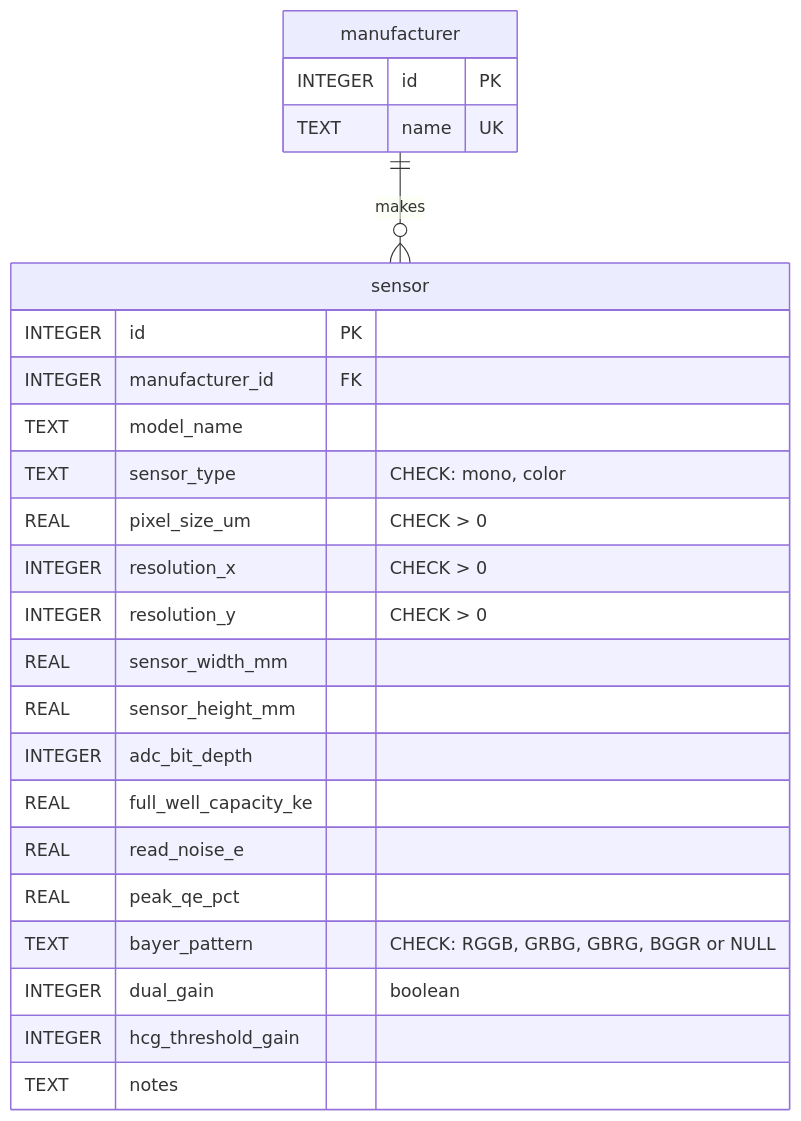
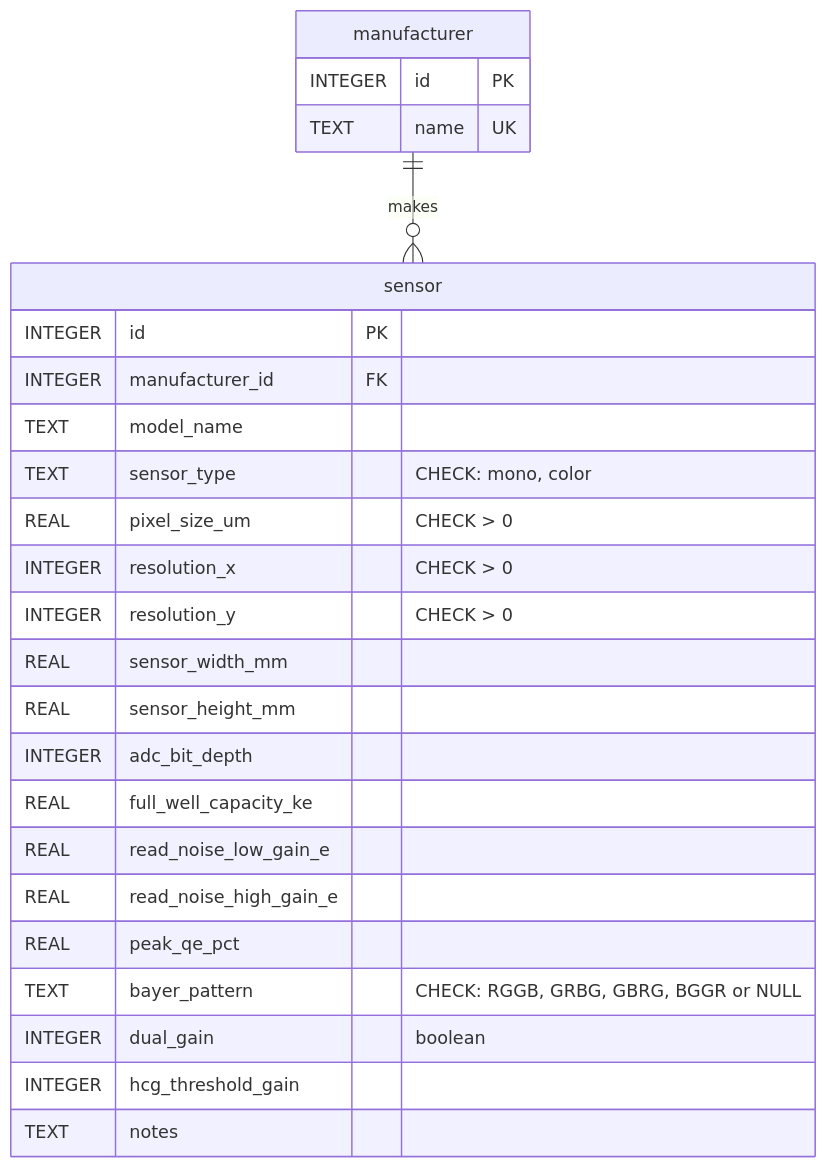
One commit to fbaptiste/nightcrate changed the third of 12 diagrams in DB_SCHEMA.md. Above: the diagram before and after it, drawn with Mermaid. The commit also changed 20 other files, not shown here.

````diff
--- a/DB_SCHEMA.md
+++ b/DB_SCHEMA.md
@@ -132,29 +132,30 @@
 ```mermaid
 erDiagram
     manufacturer {
         INTEGER id PK
         TEXT name UK
     }
 
     sensor {
         INTEGER id PK
         INTEGER manufacturer_id FK
         TEXT model_name
         TEXT sensor_type "CHECK: mono, color"
         REAL pixel_size_um "CHECK > 0"
         INTEGER resolution_x "CHECK > 0"
         INTEGER resolution_y "CHECK > 0"
         REAL sensor_width_mm
         REAL sensor_height_mm
         INTEGER adc_bit_depth
         REAL full_well_capacity_ke
-        REAL read_noise_e
+        REAL read_noise_low_gain_e
+        REAL read_noise_high_gain_e
         REAL peak_qe_pct
         TEXT bayer_pattern "CHECK: RGGB, GRBG, GBRG, BGGR or NULL"
         INTEGER dual_gain "boolean"
         INTEGER hcg_threshold_gain
         TEXT notes
     }
 
     manufacturer ||--o{ sensor : "makes"
 ```
````
